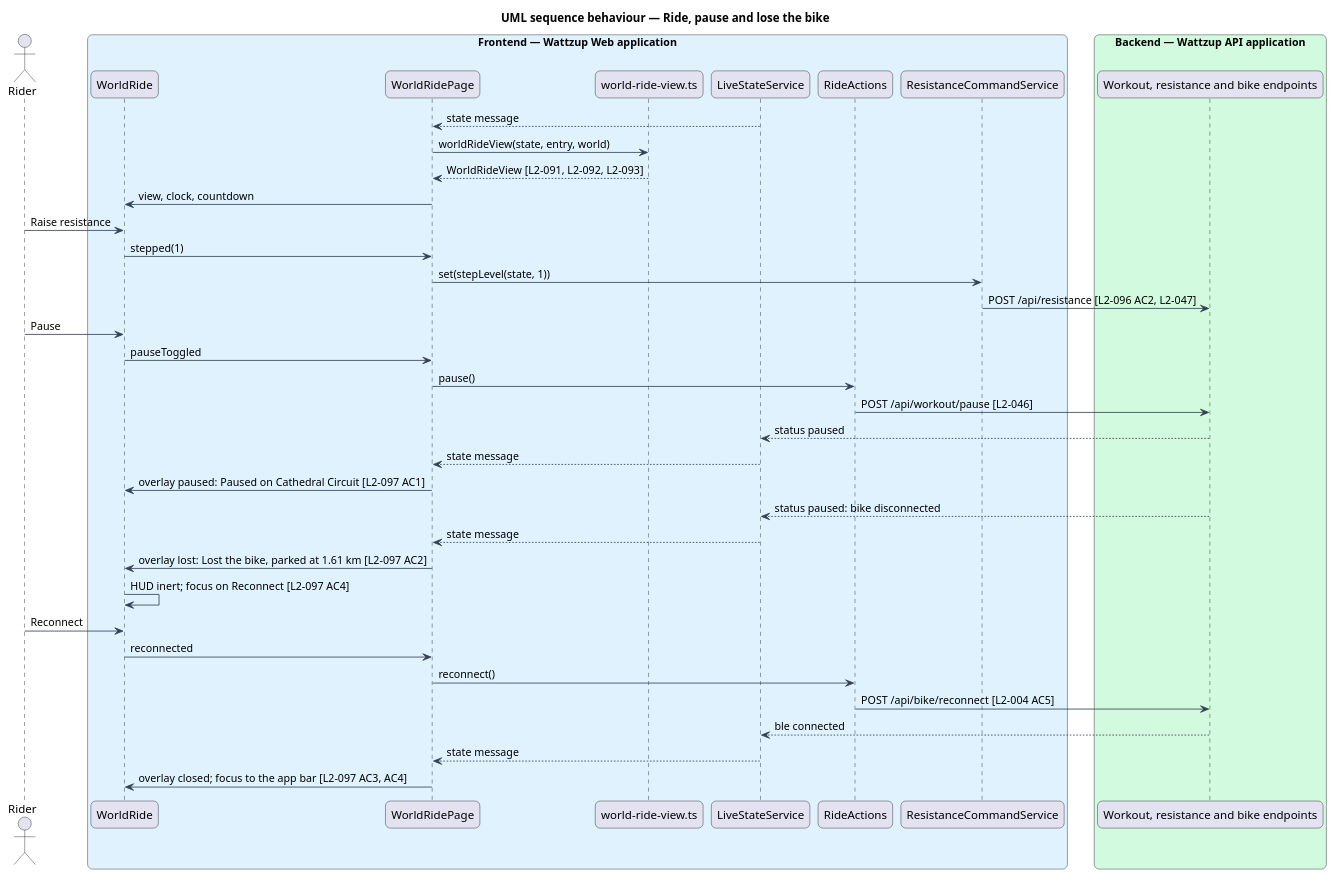
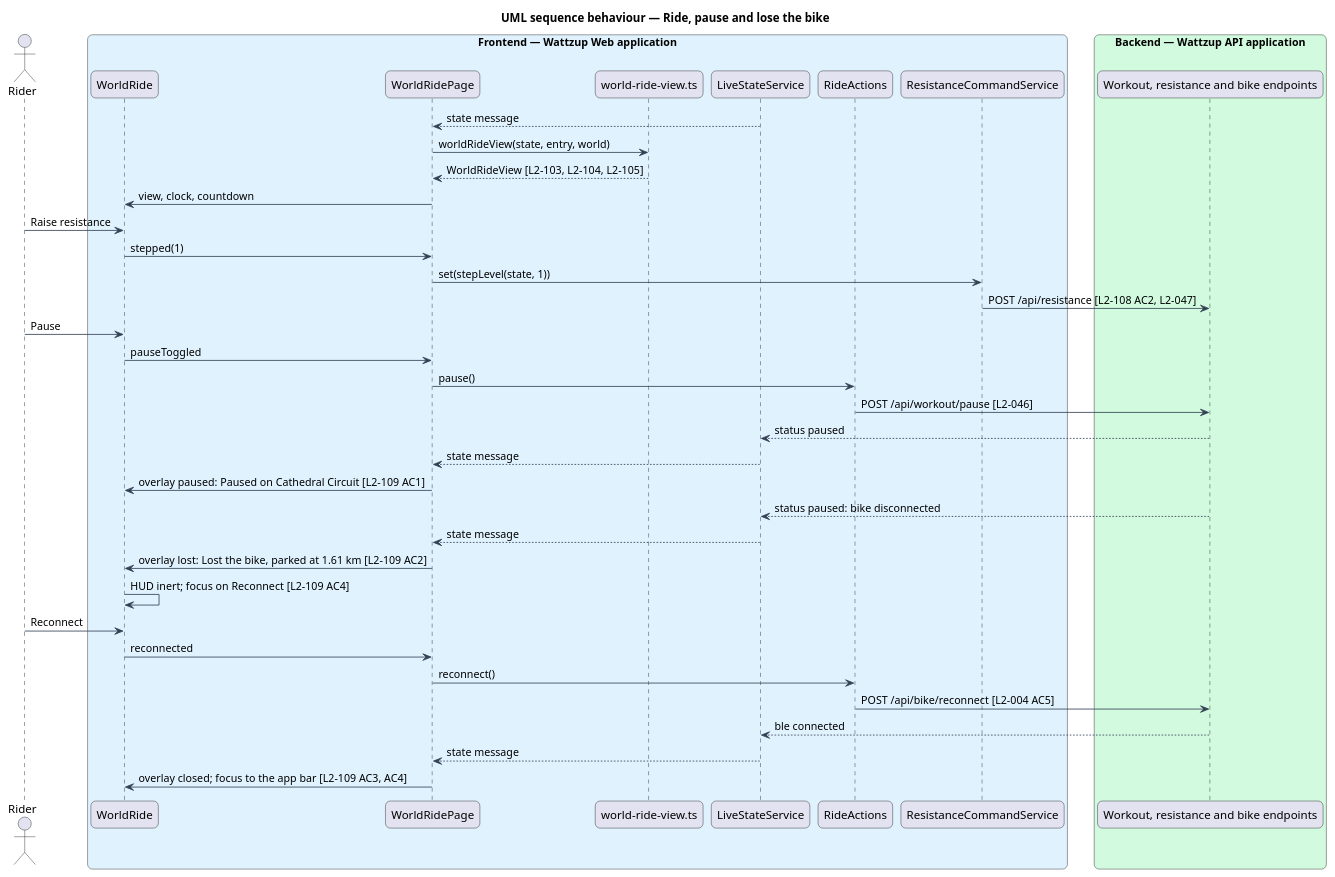
Before and after one commit to QuinntyneBrown/ride-one: the diagram in docs/detailed-designs/world-ride/ride-in-a-world/diagrams/sequence-ride-pause-lost.puml, drawn with PlantUML. The commit also changed 75 other files, not shown here.

First line of the commit message:
Renumber World Ride after the browser-only app: L1-017, L2-100 to L2-111, ADRs 0020 and 0021

```diff
--- a/docs/detailed-designs/world-ride/ride-in-a-world/diagrams/sequence-ride-pause-lost.puml
+++ b/docs/detailed-designs/world-ride/ride-in-a-world/diagrams/sequence-ride-pause-lost.puml
@@ -1,47 +1,47 @@
 @startuml
 title UML sequence behaviour — Ride, pause and lose the bike
 skinparam backgroundColor #FFFFFF
 skinparam shadowing false
 skinparam roundcorner 12
 skinparam defaultFontName Arial
 skinparam ArrowColor #344054
 actor "Rider" as rider
 box "Frontend — Wattzup Web application" #E0F2FE
   participant "WorldRide" as hud
   participant "WorldRidePage" as page
   participant "world-ride-view.ts" as view
   participant "LiveStateService" as live
   participant "RideActions" as actions
   participant "ResistanceCommandService" as res
 end box
 box "Backend — Wattzup API application" #D1FADF
   participant "Workout, resistance and bike endpoints" as ep
 end box
 
 live --> page : state message
 page -> view : worldRideView(state, entry, world)
-view --> page : WorldRideView [L2-091, L2-092, L2-093]
+view --> page : WorldRideView [L2-103, L2-104, L2-105]
 page -> hud : view, clock, countdown
 rider -> hud : Raise resistance
 hud -> page : stepped(1)
 page -> res : set(stepLevel(state, 1))
-res -> ep : POST /api/resistance [L2-096 AC2, L2-047]
+res -> ep : POST /api/resistance [L2-108 AC2, L2-047]
 rider -> hud : Pause
 hud -> page : pauseToggled
 page -> actions : pause()
 actions -> ep : POST /api/workout/pause [L2-046]
 ep --> live : status paused
 live --> page : state message
-page -> hud : overlay paused: Paused on Cathedral Circuit [L2-097 AC1]
+page -> hud : overlay paused: Paused on Cathedral Circuit [L2-109 AC1]
 ep --> live : status paused: bike disconnected
 live --> page : state message
-page -> hud : overlay lost: Lost the bike, parked at 1.61 km [L2-097 AC2]
-hud -> hud : HUD inert; focus on Reconnect [L2-097 AC4]
+page -> hud : overlay lost: Lost the bike, parked at 1.61 km [L2-109 AC2]
+hud -> hud : HUD inert; focus on Reconnect [L2-109 AC4]
 rider -> hud : Reconnect
 hud -> page : reconnected
 page -> actions : reconnect()
 actions -> ep : POST /api/bike/reconnect [L2-004 AC5]
 ep --> live : ble connected
 live --> page : state message
-page -> hud : overlay closed; focus to the app bar [L2-097 AC3, AC4]
+page -> hud : overlay closed; focus to the app bar [L2-109 AC3, AC4]
 @enduml
```
